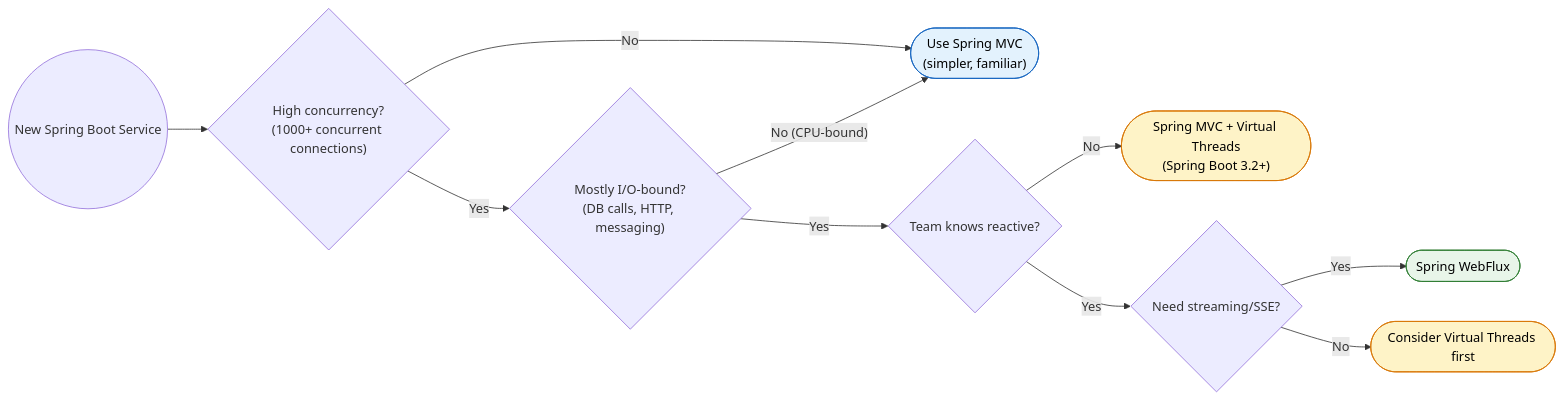
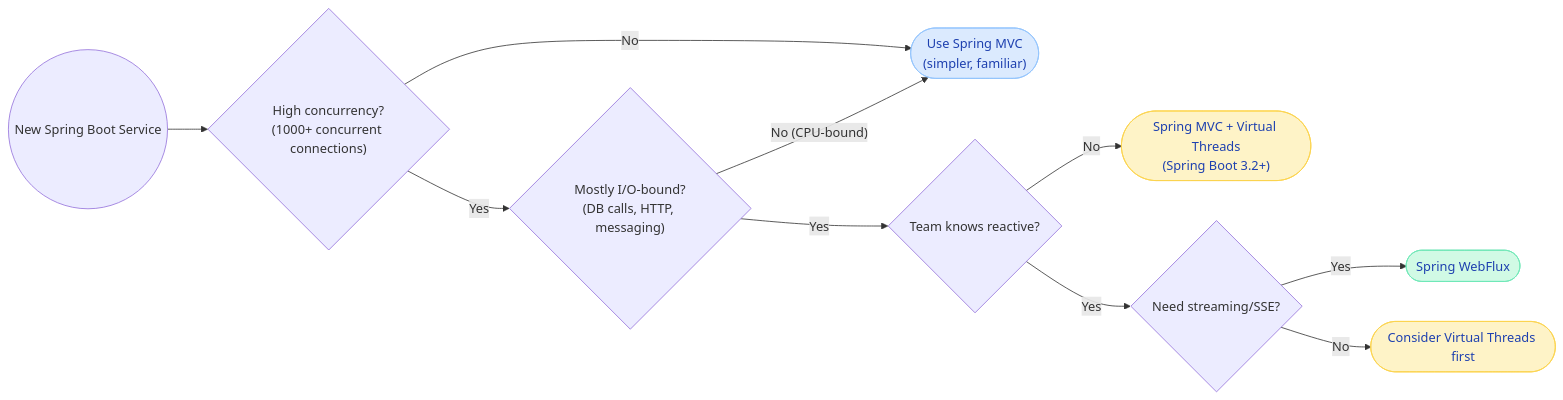
One commit to saivamsikaruturi/vamsilabs-dev-notes-main changed the fifth of 5 diagrams in docs/springboot/webflux.md. Above: the diagram before and after it, drawn with Mermaid. The commit also changed other lines of this file and 220 other files, not shown here.

First line of the commit message:
Add 50+ new Java/Spring Boot pages, rewrite CSS code blocks to Oracle style, fix all diagram colors

````diff
--- a/docs/springboot/webflux.md
+++ b/docs/springboot/webflux.md
@@ -293,17 +293,17 @@
 ```mermaid
 flowchart LR
     Start(("New Spring Boot Service")) --> Q1{"High concurrency?<br/>(1000+ concurrent connections)"}
     Q1 -->|"No"| MVC(["Use Spring MVC<br/>(simpler, familiar)"])
     Q1 -->|"Yes"| Q2{"Mostly I/O-bound?<br/>(DB calls, HTTP, messaging)"}
     Q2 -->|"No (CPU-bound)"| MVC
     Q2 -->|"Yes"| Q3{"Team knows reactive?"}
     Q3 -->|"No"| MVC2(["Spring MVC + Virtual Threads<br/>(Spring Boot 3.2+)"])
     Q3 -->|"Yes"| Q4{"Need streaming/SSE?"}
     Q4 -->|"Yes"| WF(["Spring WebFlux"])
     Q4 -->|"No"| MVC3(["Consider Virtual Threads first"])
 
-    style MVC fill:#E3F2FD,stroke:#1565C0,color:#000
-    style MVC2 fill:#FEF3C7,stroke:#D97706,color:#000
-    style MVC3 fill:#FEF3C7,stroke:#D97706,color:#000
-    style WF fill:#E8F5E9,stroke:#2E7D32,color:#000
+    style MVC fill:#DBEAFE,stroke:#93C5FD,color:#1E40AF
+    style MVC2 fill:#FEF3C7,stroke:#FCD34D,color:#1E40AF
+    style MVC3 fill:#FEF3C7,stroke:#FCD34D,color:#1E40AF
+    style WF fill:#D1FAE5,stroke:#6EE7B7,color:#1E40AF
 ```
````
